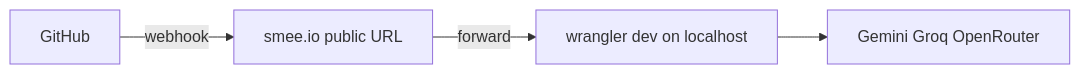
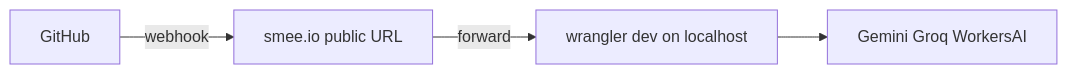
Before and after one commit to vuongj321/roast-my-pr: the fourth of 4 diagrams in docs/ARCHITECTURE.md, drawn with Mermaid. The commit also changed other lines of this file and 4 other files, not shown here.

First line of the commit message:
feat(ai): replace OpenRouter with Workers AI

````diff
--- a/docs/ARCHITECTURE.md
+++ b/docs/ARCHITECTURE.md
@@ -247,6 +254,6 @@
 ```mermaid
 flowchart LR
   GitHub -->|webhook| Smee[smee.io public URL]
   Smee -->|forward| Local["wrangler dev on localhost"]
-  Local --> LLM[Gemini Groq OpenRouter]
+  Local --> LLM[Gemini Groq WorkersAI]
 ```
````
